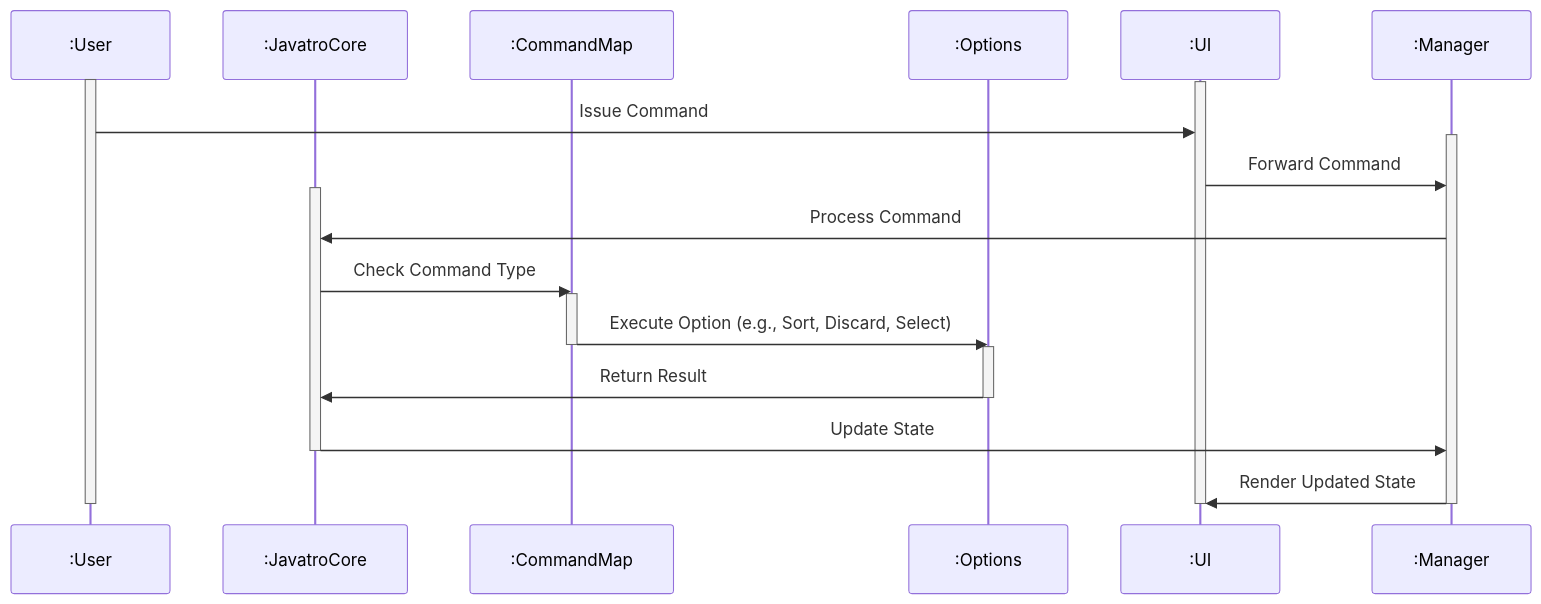
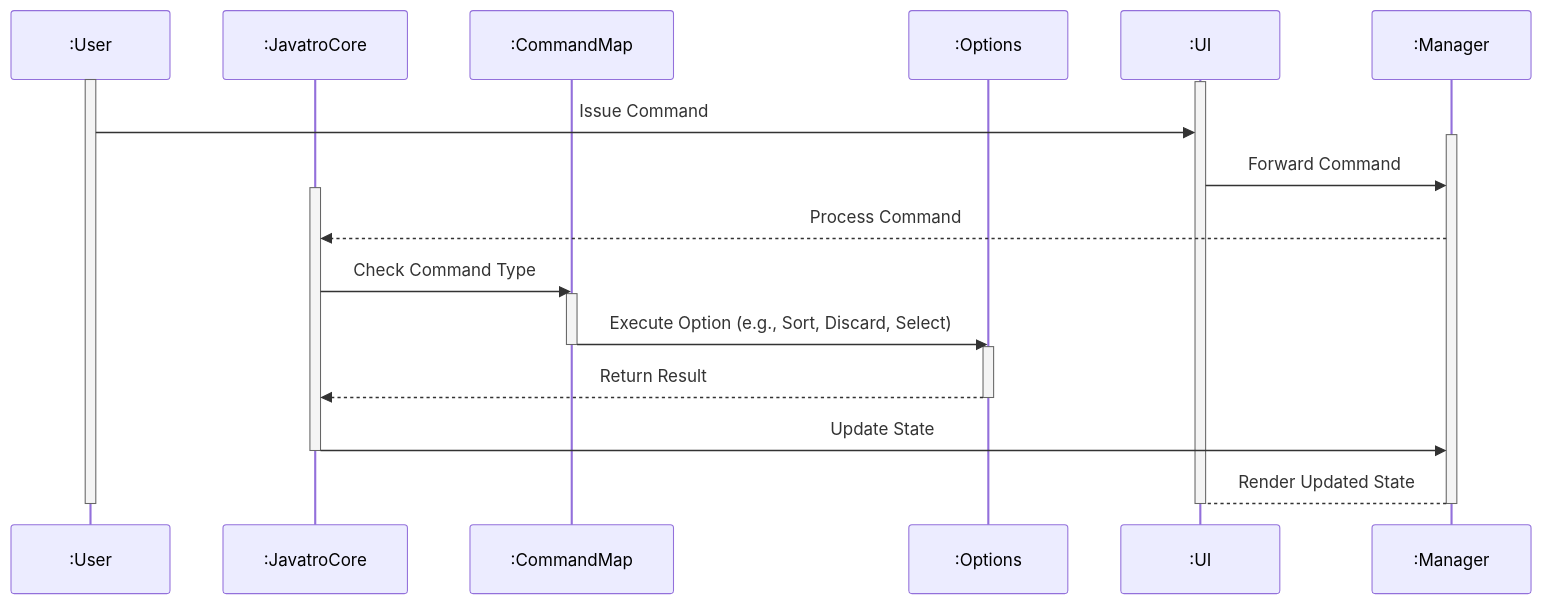
The diagram in docs/dg_diagrams/Logic SD.md (jwyk/tp), drawn with Mermaid before and after one commit. The commit also changed 3 other files, not shown here.

Commit message:
Fix more sequence diagrams

````diff
--- a/docs/dg_diagrams/Logic SD.md
+++ b/docs/dg_diagrams/Logic SD.md
@@ -1,29 +1,29 @@
 ```mermaid
 sequenceDiagram
     participant #58;User
     participant #58;JavatroCore
     participant #58;CommandMap
     participant #58;Options
     participant #58;UI
     participant #58;Manager
     activate #58;User
     activate #58;UI
     #58;User ->> #58;UI: Issue Command
     activate #58;Manager
     #58;UI ->> #58;Manager: Forward Command
     activate #58;JavatroCore
-    #58;Manager ->> #58;JavatroCore: Process Command
+    #58;Manager -->> #58;JavatroCore: Process Command
     #58;JavatroCore ->> #58;CommandMap: Check Command Type
     activate #58;CommandMap
     #58;CommandMap ->> #58;Options: Execute Option (e.g., Sort, Discard, Select)
     deactivate #58;CommandMap
     activate #58;Options
-    #58;Options ->> #58;JavatroCore: Return Result
+    #58;Options -->> #58;JavatroCore: Return Result
     deactivate #58;Options
     #58;JavatroCore ->> #58;Manager: Update State
     deactivate #58;JavatroCore
-    #58;Manager ->> #58;UI: Render Updated State
+    #58;Manager --> #58;UI: Render Updated State
     deactivate #58;Manager
     deactivate #58;UI
     deactivate #58;User
 ```
````
